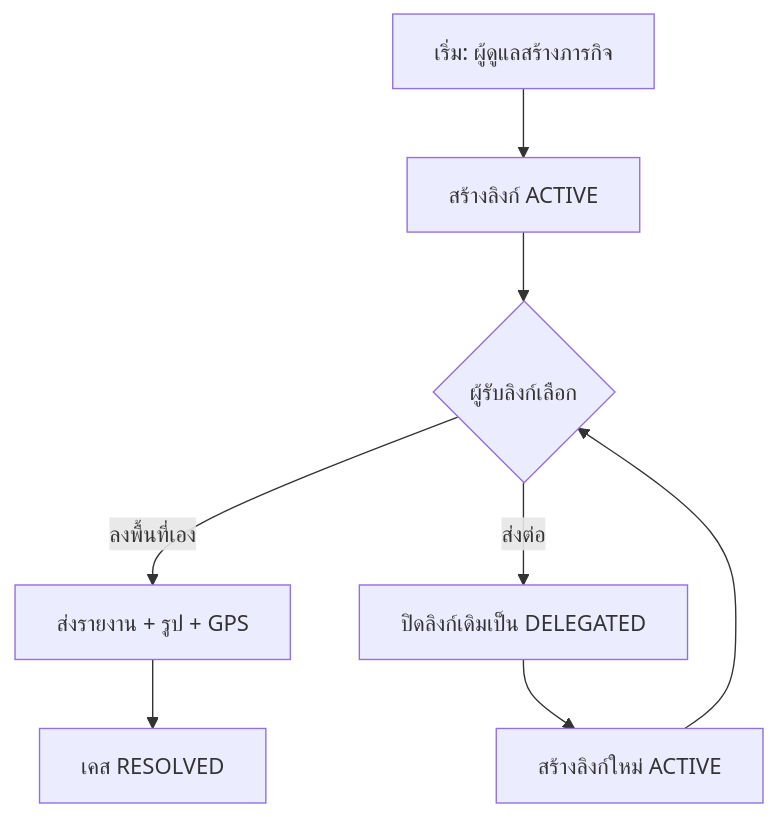
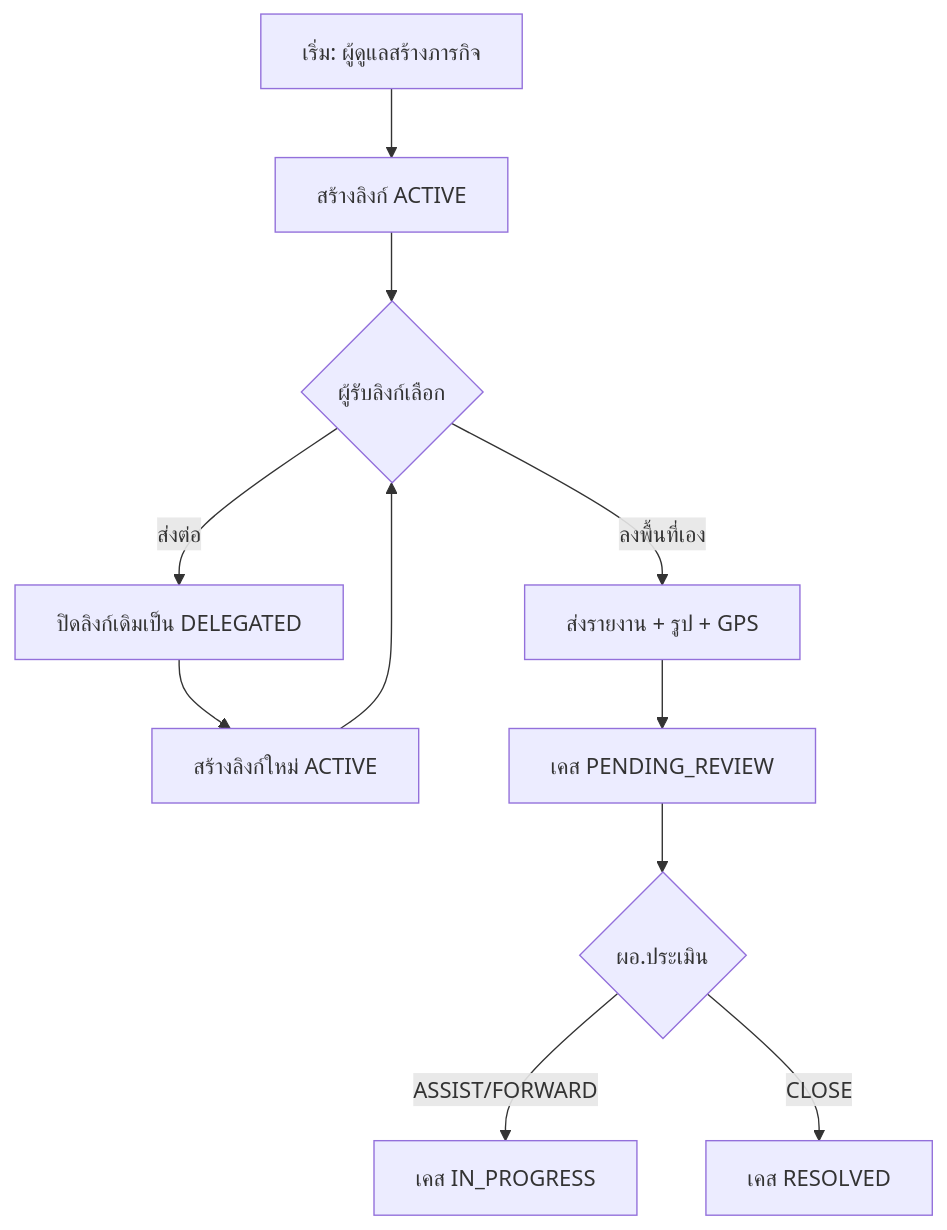
The second of 4 diagrams in STS_SYSTEM_SPEC_AND_FLOW.md (chanyut12/Magic-Link-tracking-student), drawn with Mermaid before and after one commit. The commit also changed other lines of this file and 26 other files, not shown here.

````diff
--- a/STS_SYSTEM_SPEC_AND_FLOW.md
+++ b/STS_SYSTEM_SPEC_AND_FLOW.md
@@ -98,10 +105,13 @@
 ```mermaid
 flowchart TD
   S[เริ่ม: ผู้ดูแลสร้างภารกิจ] --> L1[สร้างลิงก์ ACTIVE]
   L1 --> U{ผู้รับลิงก์เลือก}
   U -->|ลงพื้นที่เอง| R[ส่งรายงาน + รูป + GPS]
   U -->|ส่งต่อ| D1[ปิดลิงก์เดิมเป็น DELEGATED]
   D1 --> L2[สร้างลิงก์ใหม่ ACTIVE]
   L2 --> U
-  R --> C[เคส RESOLVED]
+  R --> PR[เคส PENDING_REVIEW]
+  PR --> ADM{ผอ.ประเมิน}
+  ADM -->|ASSIST/FORWARD| IP[เคส IN_PROGRESS]
+  ADM -->|CLOSE| C[เคส RESOLVED]
 ```
````
